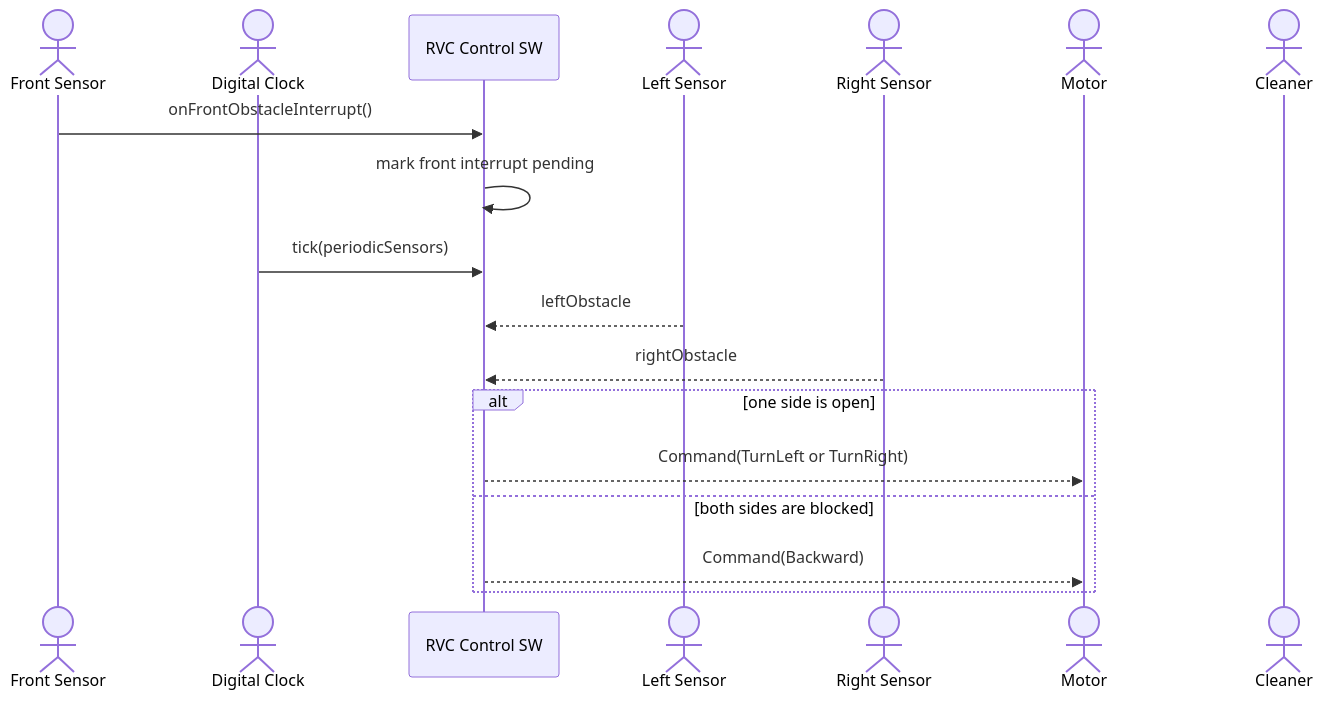
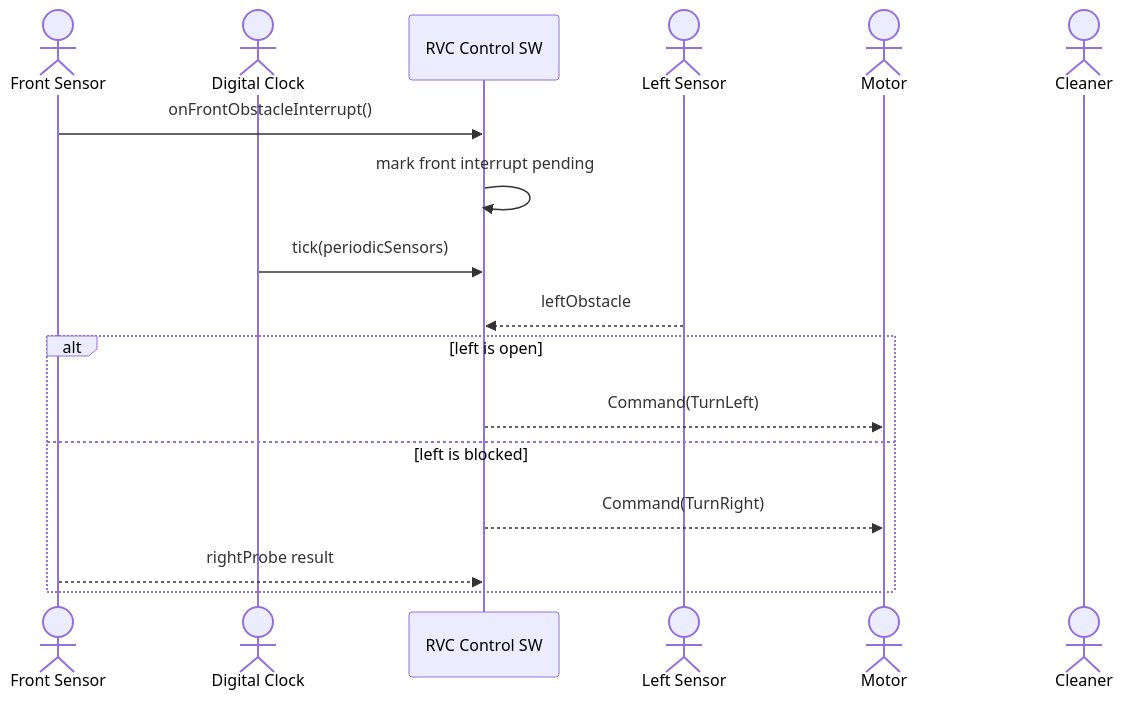
The third of 6 diagrams in docs/ooa_ssd.md (reload02/ooad-vibe), drawn with Mermaid before and after one commit. The commit also changed other lines of this file and 21 other files, not shown here.

````diff
--- a/docs/ooa_ssd.md
+++ b/docs/ooa_ssd.md
@@ -45,21 +45,20 @@
 ```mermaid
 sequenceDiagram
     actor FrontSensor as Front Sensor
     actor Clock as Digital Clock
     participant System as RVC Control SW
     actor LeftSensor as Left Sensor
-    actor RightSensor as Right Sensor
     actor Motor
     actor Cleaner
 
     FrontSensor->>System: onFrontObstacleInterrupt()
     System->>System: mark front interrupt pending
     Clock->>System: tick(periodicSensors)
     LeftSensor-->>System: leftObstacle
-    RightSensor-->>System: rightObstacle
-    alt one side is open
-        System-->>Motor: Command(TurnLeft or TurnRight)
-    else both sides are blocked
-        System-->>Motor: Command(Backward)
+    alt left is open
+        System-->>Motor: Command(TurnLeft)
+    else left is blocked
+        System-->>Motor: Command(TurnRight)
+        FrontSensor-->>System: rightProbe result
     end
 ```
````
